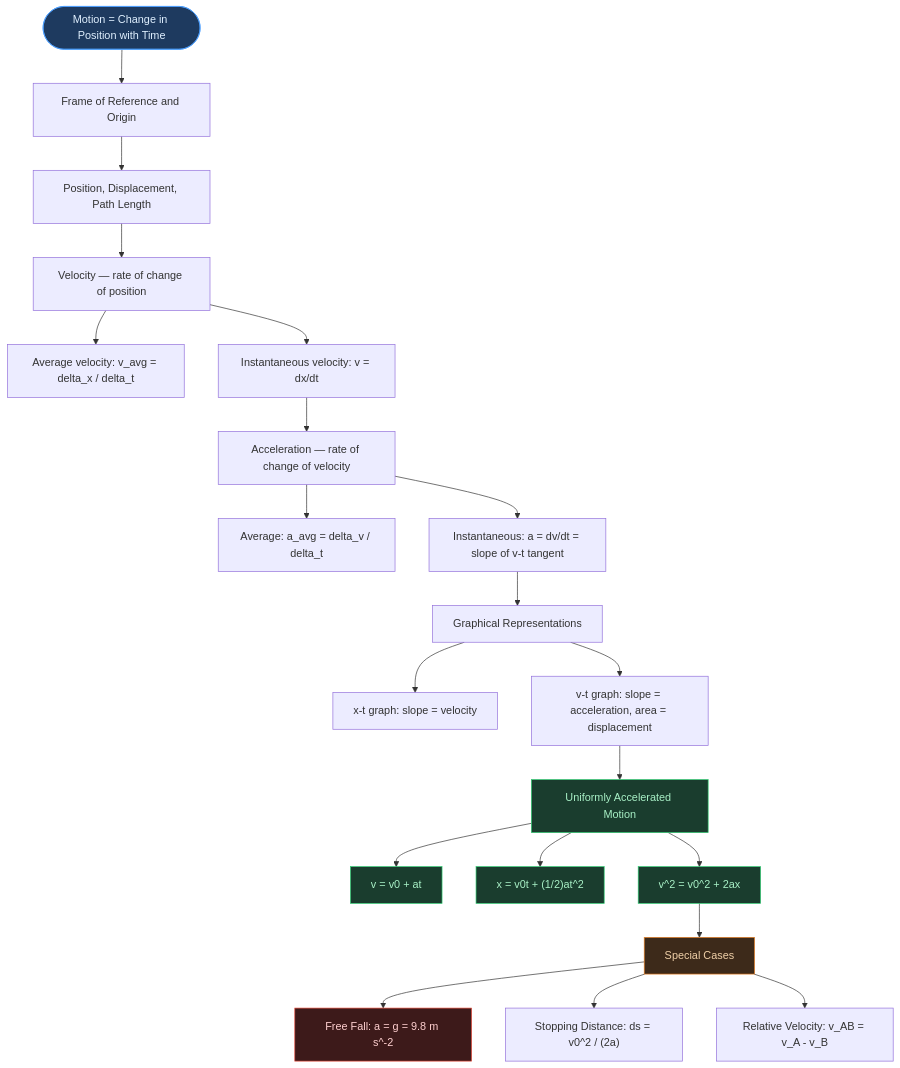
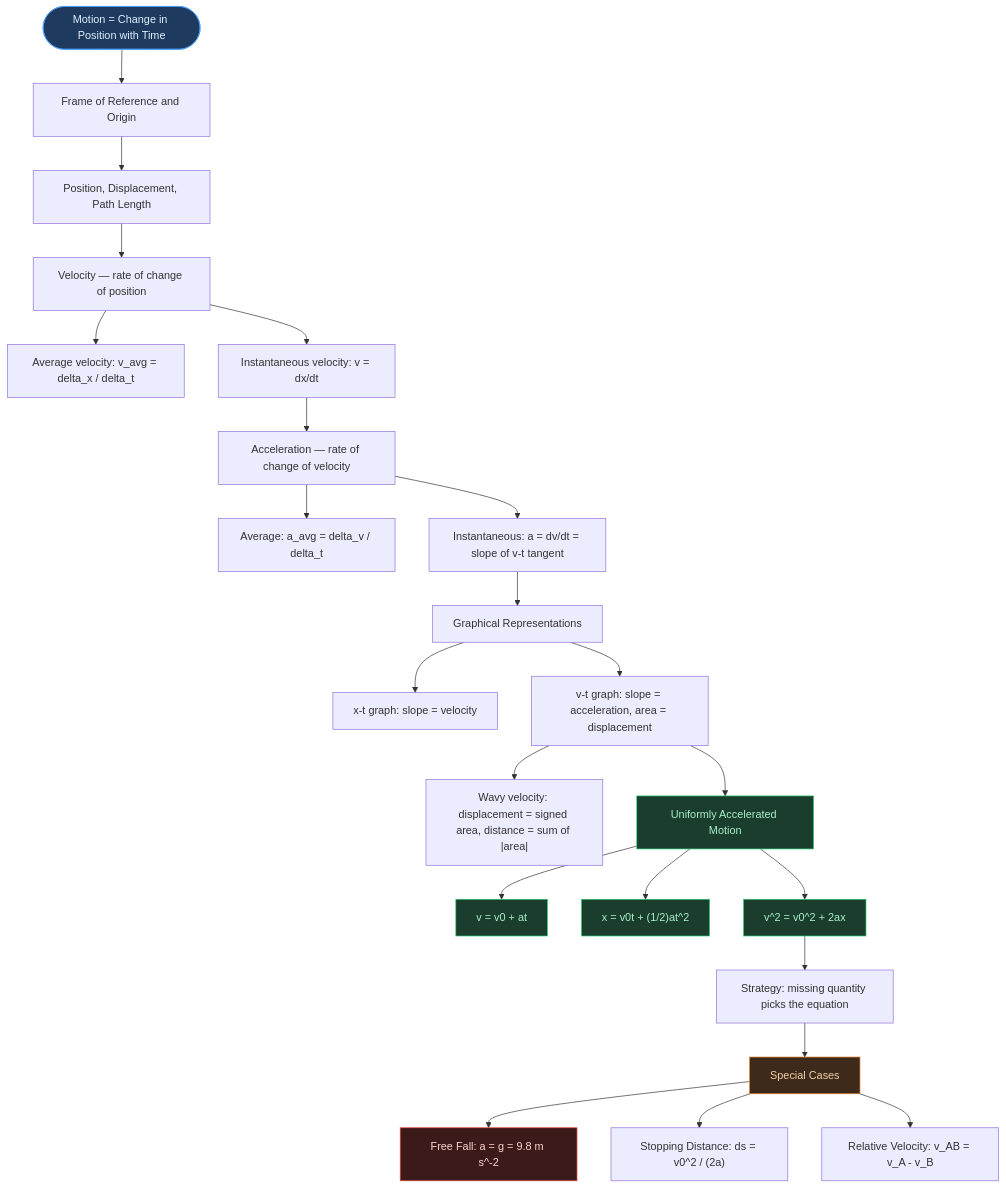
The first of 2 diagrams in AI-NOTES/PHYSICS/PHYSICS02-MOTION_IN_A_STRAIGHT_LINE/PHYSICS02-MOTION_IN_A_STRAIGHT_LINE-NOTES.md (fsr-science/NCERT-Science), drawn with Mermaid before and after one commit. The commit also changed other lines of this file and 2 other files, not shown here.

````diff
--- a/AI-NOTES/PHYSICS/PHYSICS02-MOTION_IN_A_STRAIGHT_LINE/PHYSICS02-MOTION_IN_A_STRAIGHT_LINE-NOTES.md
+++ b/AI-NOTES/PHYSICS/PHYSICS02-MOTION_IN_A_STRAIGHT_LINE/PHYSICS02-MOTION_IN_A_STRAIGHT_LINE-NOTES.md
@@ -8,31 +8,33 @@
 ```mermaid
 flowchart TD
     A(["Motion = Change in Position with Time"])
     A --> B["Frame of Reference and Origin"]
     B --> C["Position, Displacement, Path Length"]
     C --> D["Velocity — rate of change of position"]
     D --> D2["Average velocity: v_avg = delta_x / delta_t"]
     D --> D3["Instantaneous velocity: v = dx/dt"]
     D3 --> E["Acceleration — rate of change of velocity"]
     E --> E2["Average: a_avg = delta_v / delta_t"]
     E --> E3["Instantaneous: a = dv/dt = slope of v-t tangent"]
     E3 --> F["Graphical Representations"]
     F --> F1["x-t graph: slope = velocity"]
     F --> F2["v-t graph: slope = acceleration, area = displacement"]
+    F2 --> F2a["Wavy velocity: displacement = signed area, distance = sum of |area|"]
     F2 --> G["Uniformly Accelerated Motion"]
     G --> G1["v = v0 + at"]
     G --> G2["x = v0t + (1/2)at^2"]
     G --> G3["v^2 = v0^2 + 2ax"]
-    G3 --> H["Special Cases"]
+    G3 --> G4["Strategy: missing quantity picks the equation"]
+    G4 --> H["Special Cases"]
     H --> H1["Free Fall: a = g = 9.8 m s^-2"]
     H --> H2["Stopping Distance: ds = v0^2 / (2a)"]
     H --> H3["Relative Velocity: v_AB = v_A - v_B"]
 
     style A fill:#1e3a5f,color:#e0f0ff,stroke:#4a9eff
     style G fill:#1a3d2e,color:#a8f0c6,stroke:#2ecc71
     style G1 fill:#1a3d2e,color:#a8f0c6,stroke:#2ecc71
     style G2 fill:#1a3d2e,color:#a8f0c6,stroke:#2ecc71
     style G3 fill:#1a3d2e,color:#a8f0c6,stroke:#2ecc71
     style H fill:#3d2a1a,color:#f0d0a8,stroke:#e67e22
     style H1 fill:#3d1a1a,color:#ffd0d0,stroke:#e74c3c
 ```
````
